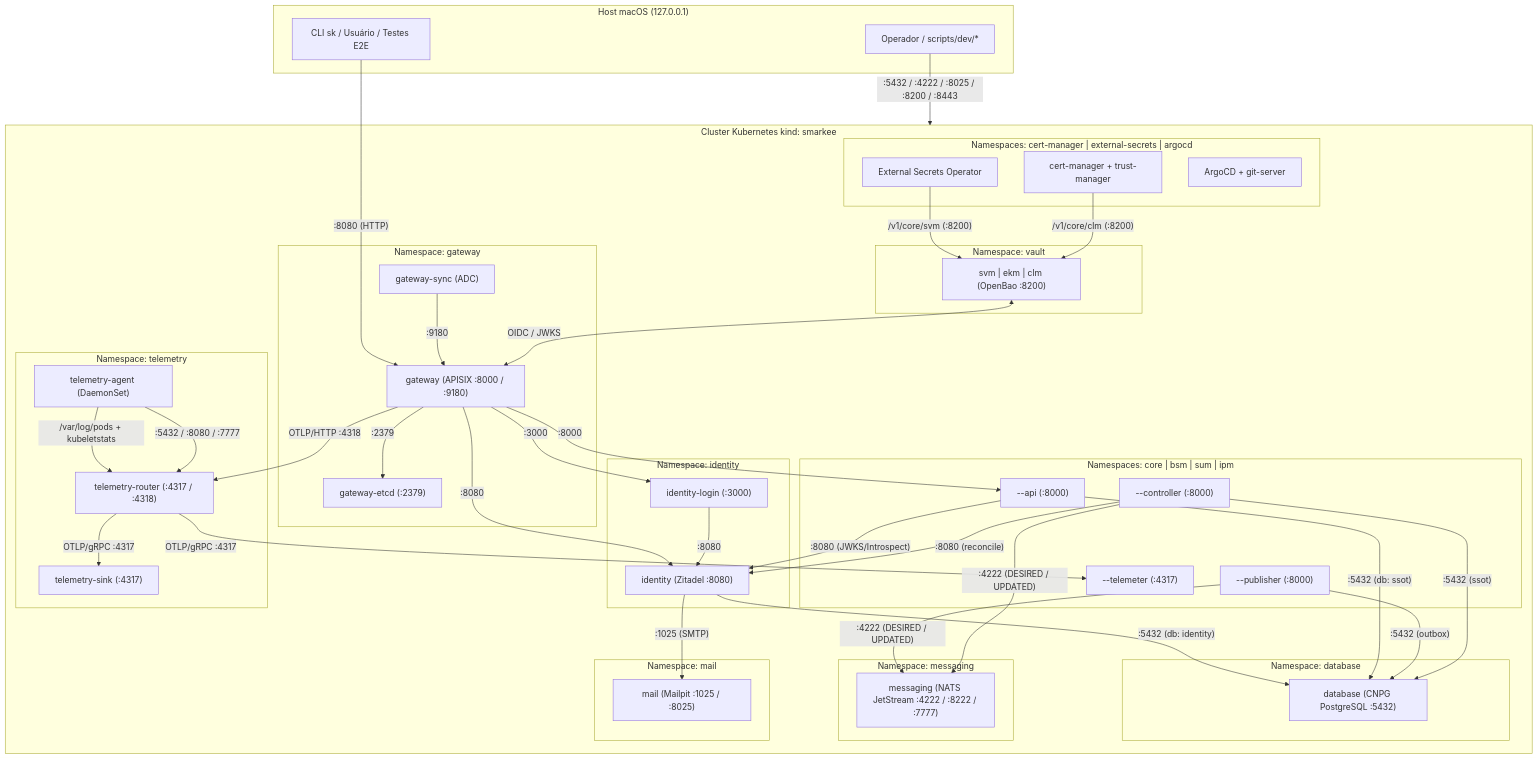
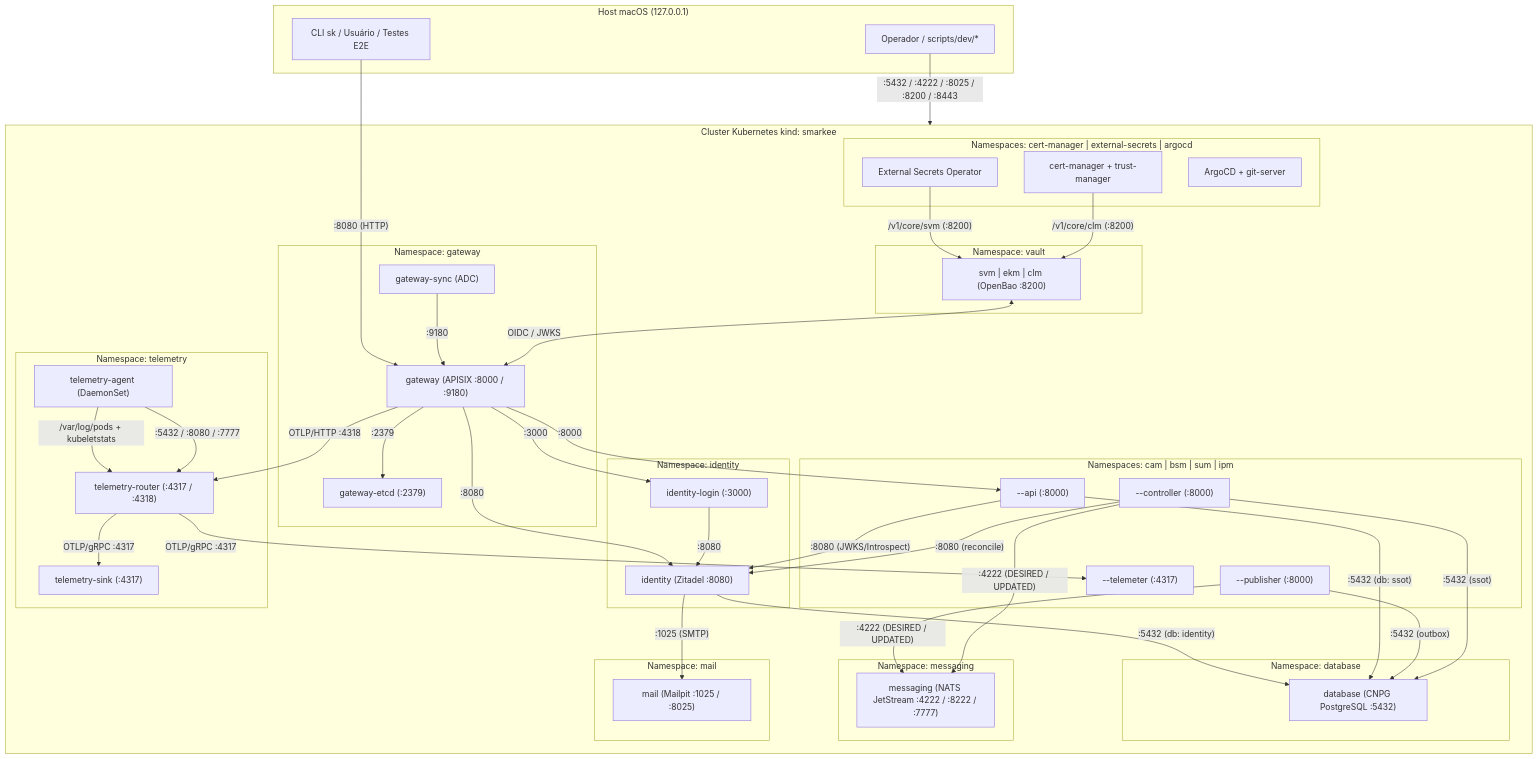
One commit to danielsabatini/smarkee changed the first of 9 diagrams in docs/infrastructure/k8s/INFRASTRUCTURE.md. Above: the diagram before and after it, drawn with Mermaid. The commit also changed other lines of this file and 44 other files, not shown here.

First line of the commit message:
docs: alinha documentacao ao modulo cam, 10 features e ao cluster Kubernetes

```diff
--- a/docs/infrastructure/k8s/INFRASTRUCTURE.md
+++ b/docs/infrastructure/k8s/INFRASTRUCTURE.md
@@ -179,7 +179,7 @@
       LOGIN["identity-login (:3000)"]
     end
 
-    subgraph NS_Features["Namespaces: core | bsm | sum | ipm"]
+    subgraph NS_Features["Namespaces: cam | bsm | sum | ipm"]
       API["<mod>-<type>-api (:8000)"]
       PUB["<mod>-<type>-publisher (:8000)"]
       CTRL["<mod>-<type>-controller (:8000)"]
```
